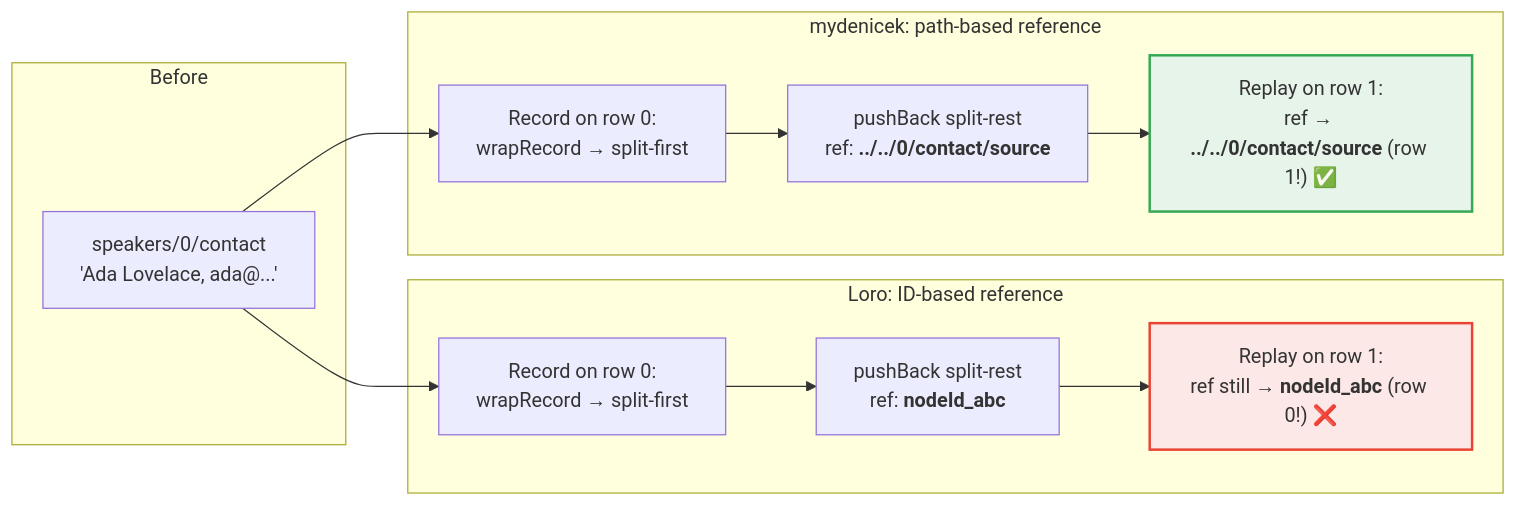
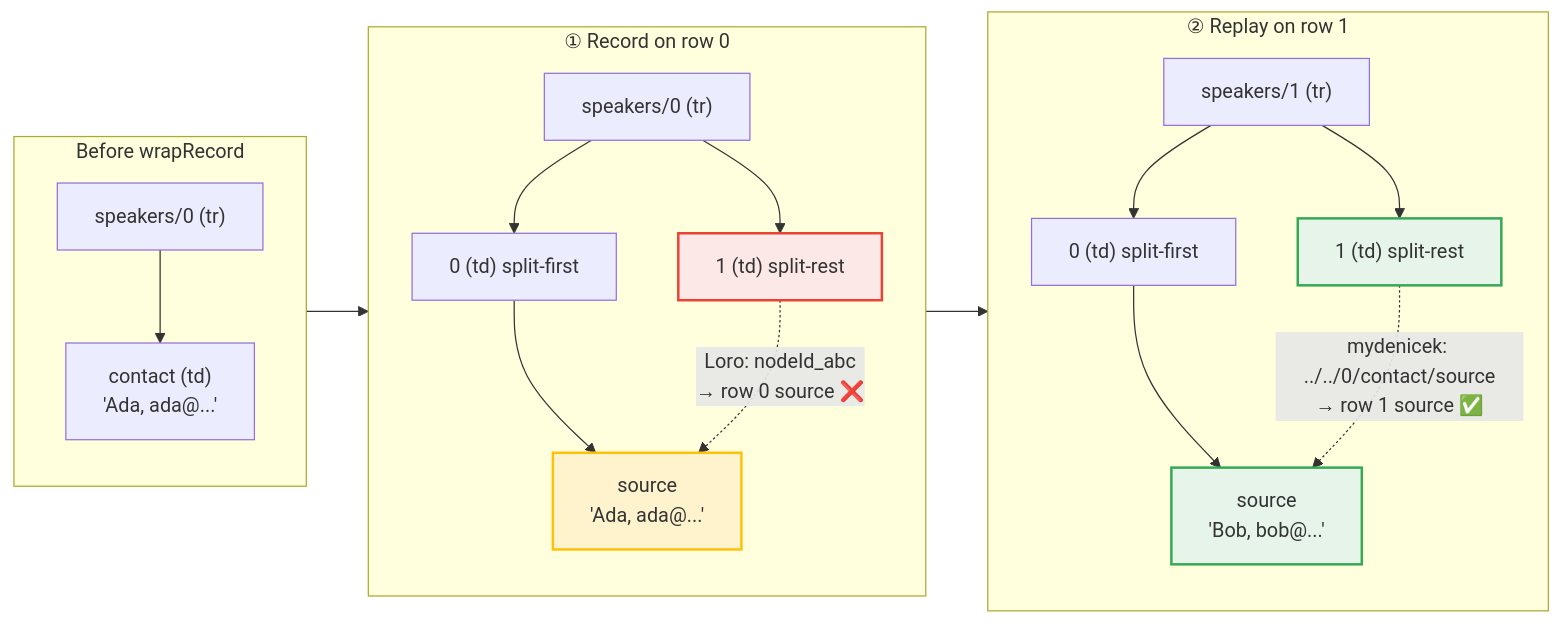
Before and after one commit to krsion/master-thesis: the diagram in img/retargeting.mmd, drawn with Mermaid. The commit also changed 1 other file, not shown here.

Commit message:
Improve retargeting diagram: left-to-right Before → Record → Replay
Shows tree structure at each stage with Loro ID-based (wrong)
vs mydenicek path-based (correct) reference arrows.

```diff
--- a/img/retargeting.mmd
+++ b/img/retargeting.mmd
@@ -1,22 +1,39 @@
 graph LR
-    subgraph "Before"
-        B["speakers/0/contact<br/>'Ada Lovelace, ada@...'"]
+    subgraph before["Before wrapRecord"]
+        direction TB
+        B0["speakers/0 (tr)"]
+        B0C["contact (td)<br/>'Ada, ada@...'"]
+        B0 --> B0C
     end
 
-    subgraph "Loro: ID-based reference"
-        L1["Record on row 0:<br/>wrapRecord → split-first"]
-        L2["pushBack split-rest<br/>ref: <b>nodeId_abc</b>"]
-        L3["Replay on row 1:<br/>ref still → <b>nodeId_abc</b> (row 0!) ❌"]
+    subgraph record["① Record on row 0"]
+        direction TB
+        R0["speakers/0 (tr)"]
+        R0a["0 (td) split-first"]
+        R0s["source<br/>'Ada, ada@...'"]
+        R0b["1 (td) split-rest"]
+        R0 --> R0a
+        R0a --> R0s
+        R0 --> R0b
     end
 
-    subgraph "mydenicek: path-based reference"
-        M1["Record on row 0:<br/>wrapRecord → split-first"]
-        M2["pushBack split-rest<br/>ref: <b>../../0/contact/source</b>"]
-        M3["Replay on row 1:<br/>ref → <b>../../0/contact/source</b> (row 1!) ✅"]
+    subgraph replay["② Replay on row 1"]
+        direction TB
+        R1["speakers/1 (tr)"]
+        R1a["0 (td) split-first"]
+        R1s["source<br/>'Bob, bob@...'"]
+        R1b["1 (td) split-rest"]
+        R1 --> R1a
+        R1a --> R1s
+        R1 --> R1b
     end
 
-    B --> L1 --> L2 --> L3
-    B --> M1 --> M2 --> M3
+    before --> record --> replay
 
-    style L3 fill:#fce8e6,stroke:#ea4335,stroke-width:2px
-    style M3 fill:#e6f4ea,stroke:#34a853,stroke-width:2px
+    R0b -. "Loro: nodeId_abc<br/>→ row 0 source ❌" .-> R0s
+    R1b -. "mydenicek: ../../0/contact/source<br/>→ row 1 source ✅" .-> R1s
+
+    style R0b fill:#fce8e6,stroke:#ea4335,stroke-width:2px
+    style R1b fill:#e6f4ea,stroke:#34a853,stroke-width:2px
+    style R0s fill:#fff3cd,stroke:#ffc107,stroke-width:2px
+    style R1s fill:#e6f4ea,stroke:#34a853,stroke-width:2px
```
